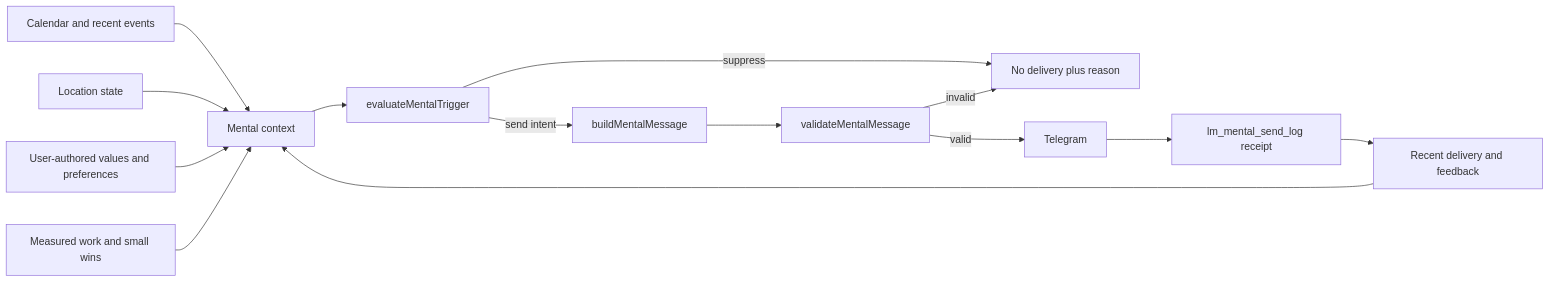
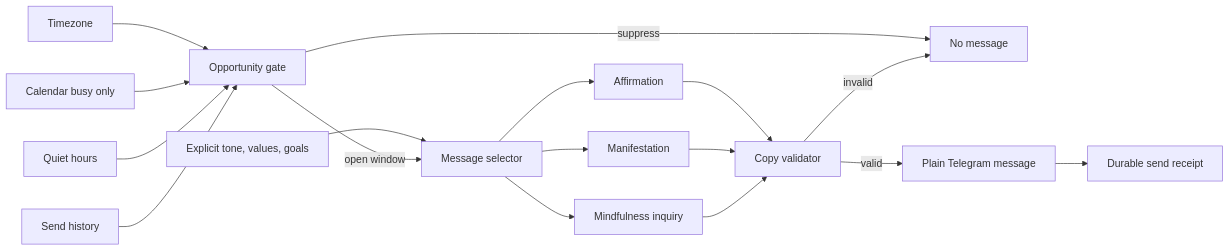
The diagram in docs/superpowers/specs/2026-09-16-life-manager-mental-physical-design.md (Daisuke134/life-manager), drawn with Mermaid before and after one commit. The commit also changed other lines of this file and 1 other file, not shown here.

Commit message:
docs(life-manager): ground mental messages in known context

````diff
--- a/docs/superpowers/specs/2026-09-16-life-manager-mental-physical-design.md
+++ b/docs/superpowers/specs/2026-09-16-life-manager-mental-physical-design.md
@@ -73,17 +91,19 @@
 ```mermaid
 flowchart LR
-  C[Calendar and recent events] --> X[Mental context]
-  L[Location state] --> X
-  P[User-authored values and preferences] --> X
-  R[Recent delivery and feedback] --> X
-  W[Measured work and small wins] --> X
-
-  X --> T[evaluateMentalTrigger]
-  T -->|suppress| S[No delivery plus reason]
-  T -->|send intent| M[buildMentalMessage]
-  M --> V[validateMentalMessage]
-  V -->|valid| G[Telegram]
-  V -->|invalid| S
-  G --> E[lm_mental_send_log receipt]
-  E --> R
+  TZ[Timezone] --> G[Opportunity gate]
+  BUSY[Calendar busy only] --> G
+  Q[Quiet hours] --> G
+  LOG[Send history] --> G
+  PREF[Explicit tone, values, goals] --> S[Message selector]
+  G -->|suppress| N[No message]
+  G -->|open window| S
+  S --> A[Affirmation]
+  S --> M[Manifestation]
+  S --> I[Mindfulness inquiry]
+  A --> V[Copy validator]
+  M --> V
+  I --> V
+  V -->|valid| T[Plain Telegram message]
+  V -->|invalid| N
+  T --> R[Durable send receipt]
 ```
````
